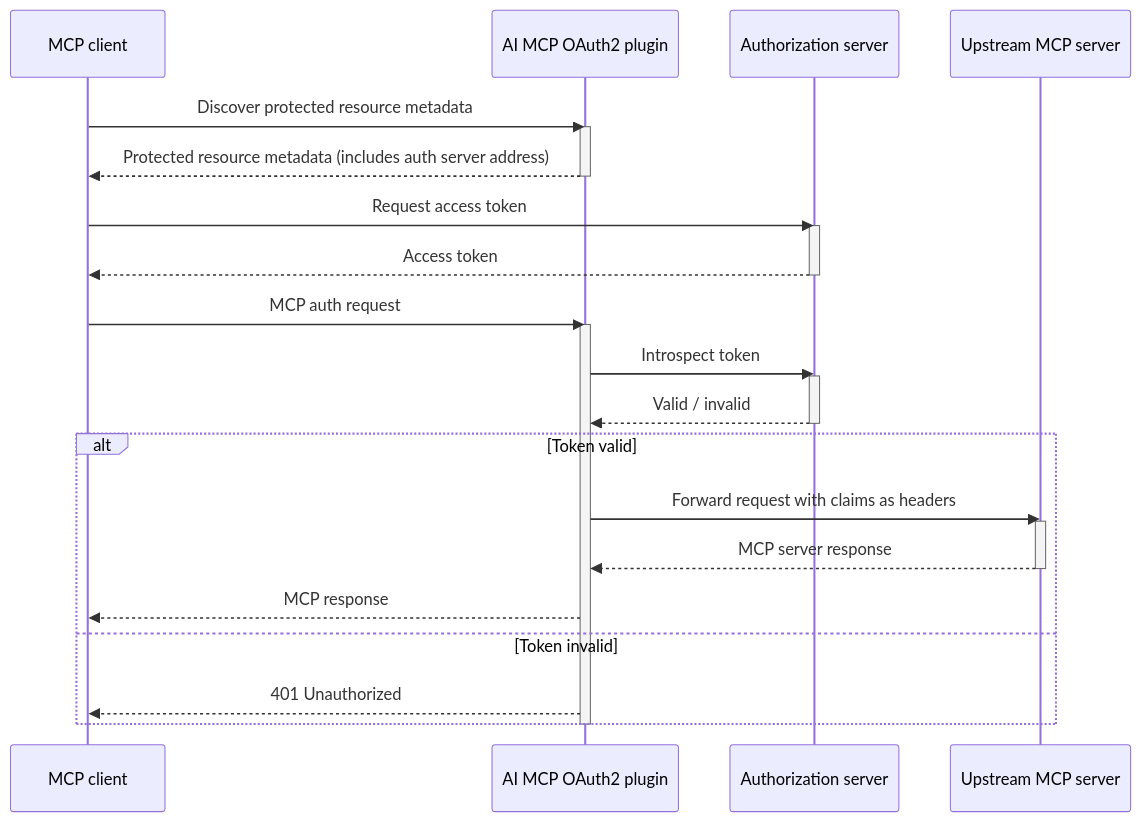
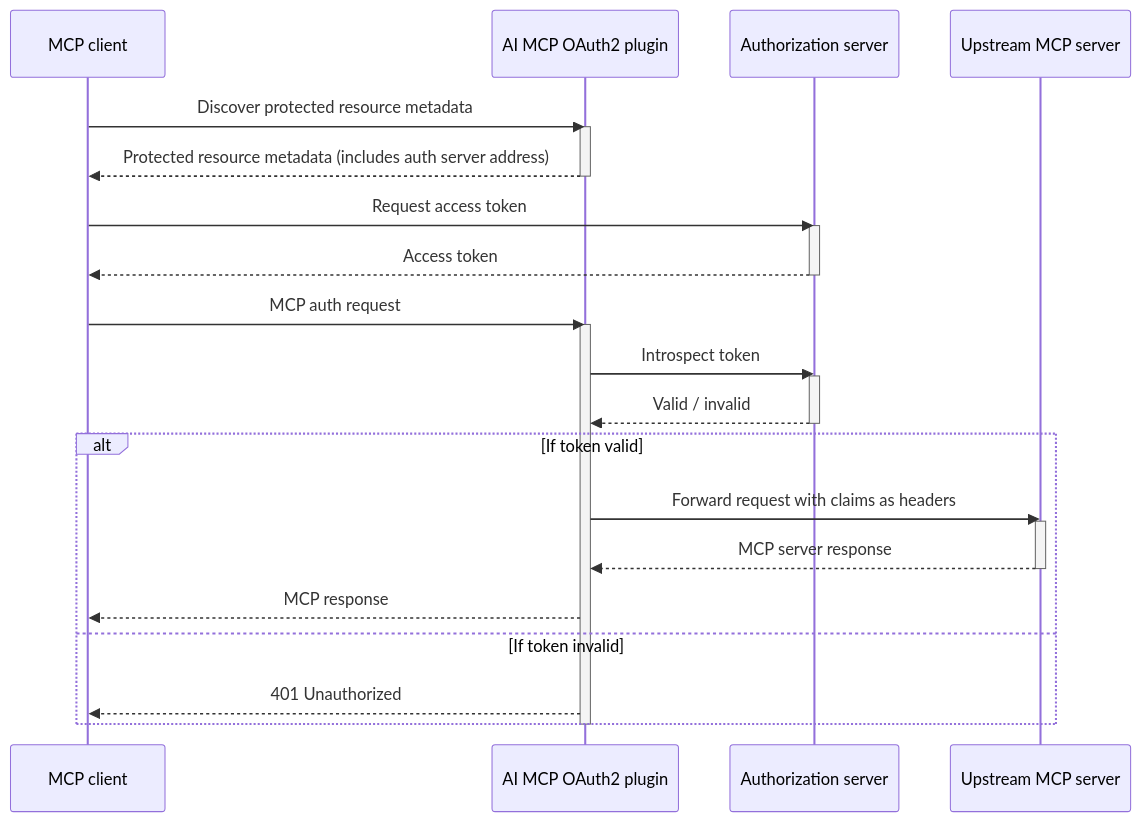
One commit to Kong/developer.konghq.com changed the diagram in app/_kong_plugins/ai-mcp-oauth2/index.md. Above: the diagram before and after it, drawn with Mermaid. The commit also changed 10 other files, not shown here.

Commit message:
add 'if' to alt/opt in mermaid diagrams

```diff
--- a/app/_kong_plugins/ai-mcp-oauth2/index.md
+++ b/app/_kong_plugins/ai-mcp-oauth2/index.md
@@ -85,36 +85,36 @@
 {% mermaid %}
 sequenceDiagram
     participant C as MCP client
     participant K as AI MCP OAuth2 plugin
     participant AS as Authorization server
     participant U as Upstream MCP server
 
     C->>K: Discover protected resource metadata
     activate K
     K-->>C: Protected resource metadata (includes auth server address)
     deactivate K
 
     C->>AS: Request access token
     activate AS
     AS-->>C: Access token
     deactivate AS
 
     C->>K: MCP auth request
     activate K
     K->>AS: Introspect token
     activate AS
     AS-->>K: Valid / invalid
     deactivate AS
 
-    alt Token valid
+    alt If token valid
         K->>U: Forward request with claims as headers
         activate U
         U-->>K: MCP server response
         deactivate U
         K-->>C: MCP response
-    else Token invalid
+    else If token invalid
         K-->>C: 401 Unauthorized
     end
     deactivate K
 
 {% endmermaid %}
```
